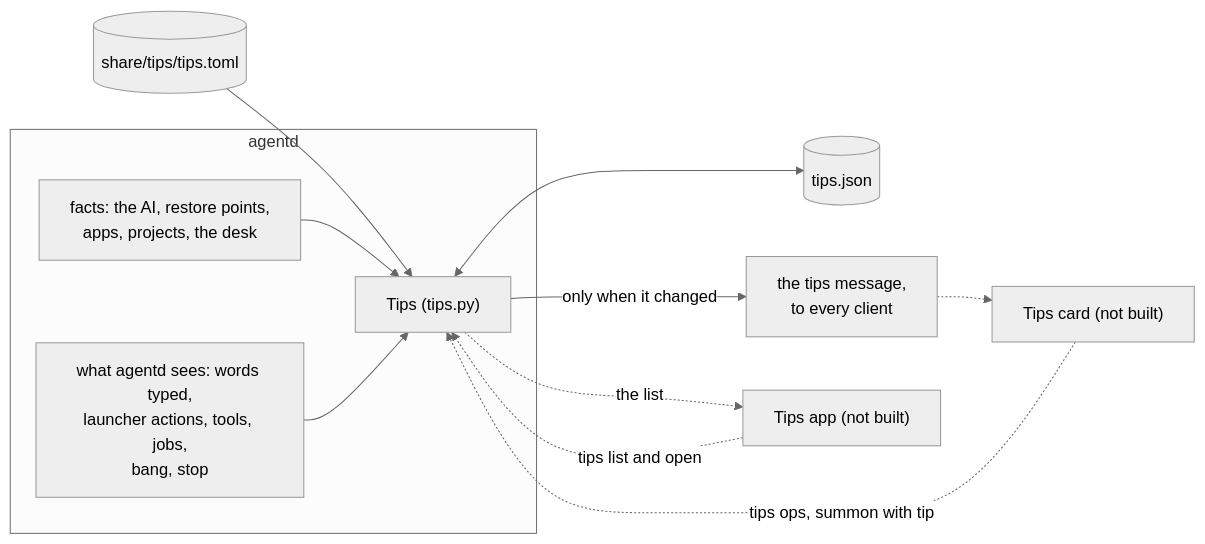
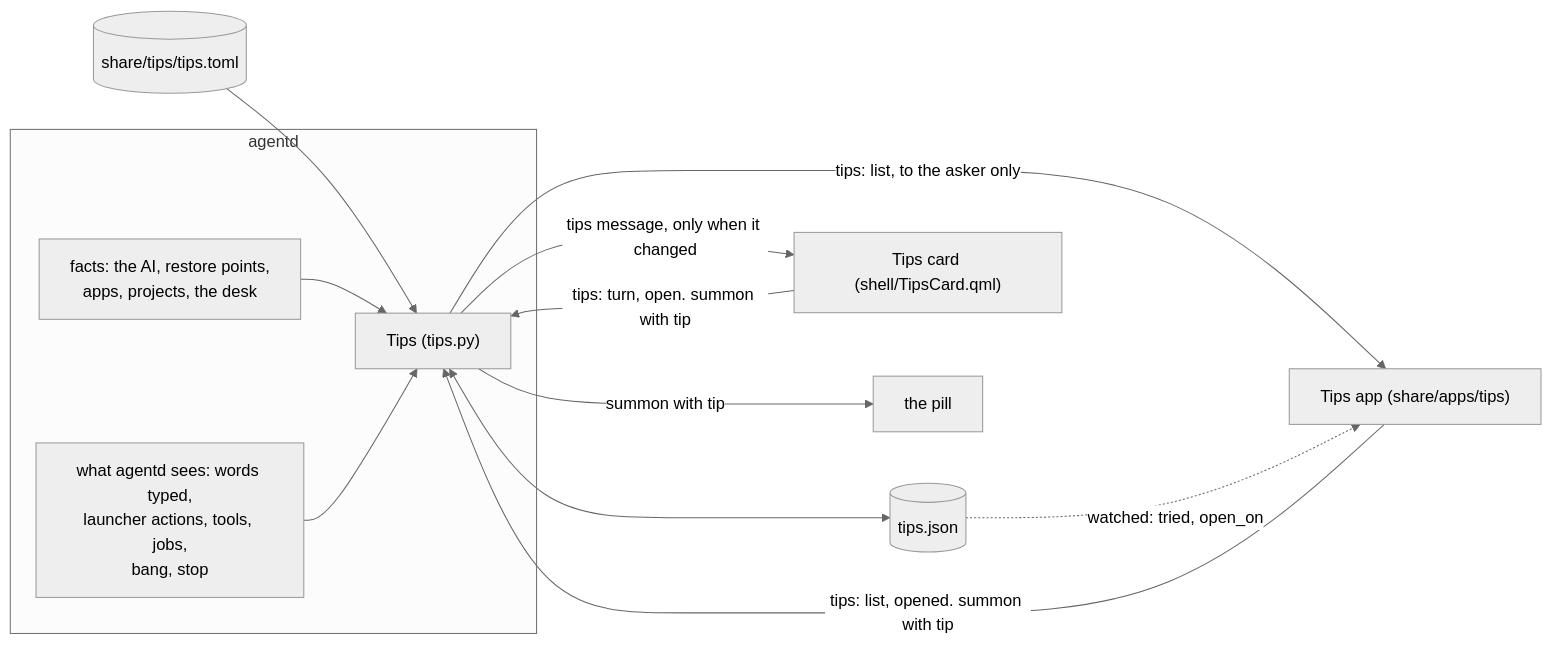
Before and after one commit to thedefaultman/Bombadil: the first of 4 diagrams in docs/architecture/tips.md, drawn with Mermaid (neutral theme). The commit also changed other lines of this file and 22 other files, not shown here.

First line of the commit message:
docs: architecture, UX and brand pages brought up to date for the installed OS, the Tips app and card, and idle cost

````diff
--- a/docs/architecture/tips.md
+++ b/docs/architecture/tips.md
@@ -37,22 +12,23 @@
 ```mermaid
 flowchart LR
     TOML[("share/tips/tips.toml")]
     subgraph AGENTD["agentd"]
         FACTS["facts: the AI, restore points,<br/>apps, projects, the desk"]
         SEEN["what agentd sees: words typed,<br/>launcher actions, tools, jobs,<br/>bang, stop"]
         TIPS["Tips (tips.py)"]
     end
     STATE[("tips.json")]
-    WIRE["the tips message,<br/>to every client"]
-    CARD["Tips card (not built)"]
-    APP["Tips app (not built)"]
+    CARD["Tips card (shell/TipsCard.qml)"]
+    APP["Tips app (share/apps/tips)"]
+    PILL["the pill"]
     TOML --> TIPS
     FACTS --> TIPS
     SEEN --> TIPS
     TIPS <--> STATE
-    TIPS -->|"only when it changed"| WIRE
-    WIRE -.-> CARD
-    CARD -.->|"tips ops, summon with tip"| TIPS
-    APP -.->|"tips list and open"| TIPS
-    TIPS -.->|"the list"| APP
+    TIPS -->|"tips message, only when it changed"| CARD
+    CARD -->|"tips: turn, open. summon with tip"| TIPS
+    TIPS -->|"summon with tip"| PILL
+    APP -->|"tips: list, opened. summon with tip"| TIPS
+    TIPS -->|"tips: list, to the asker only"| APP
+    STATE -.->|"watched: tried, open_on"| APP
 ```
````
